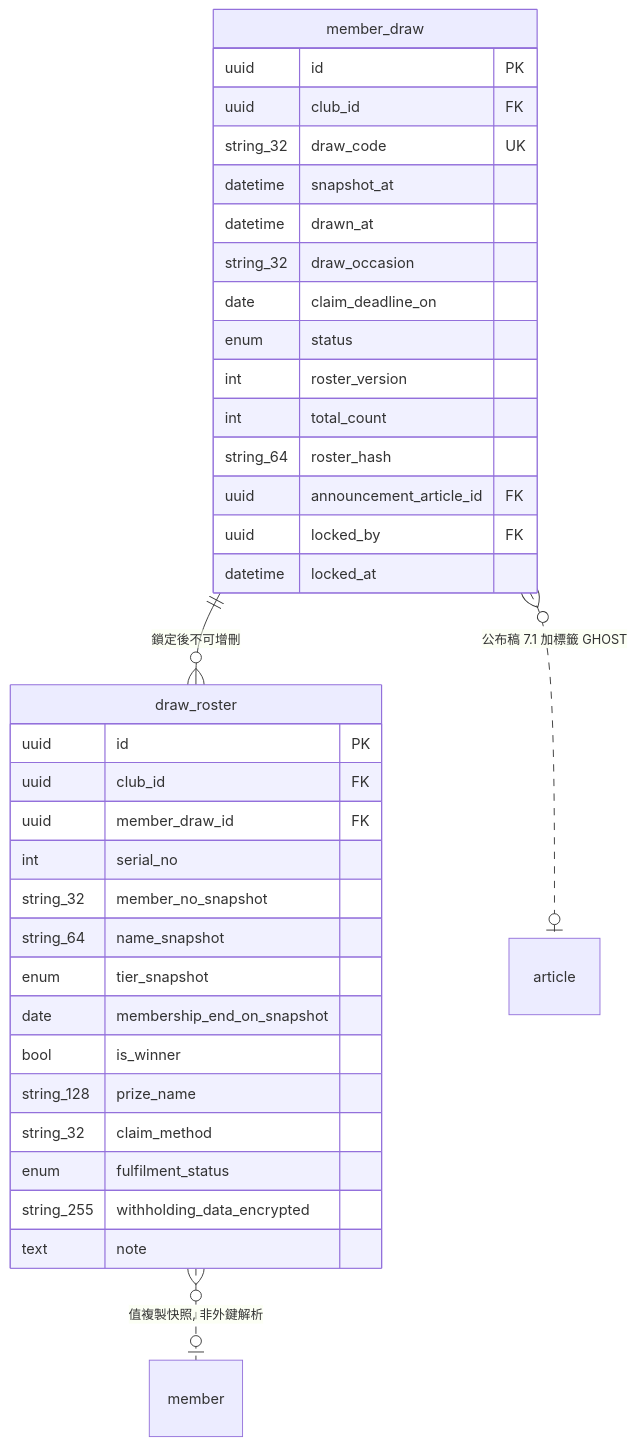
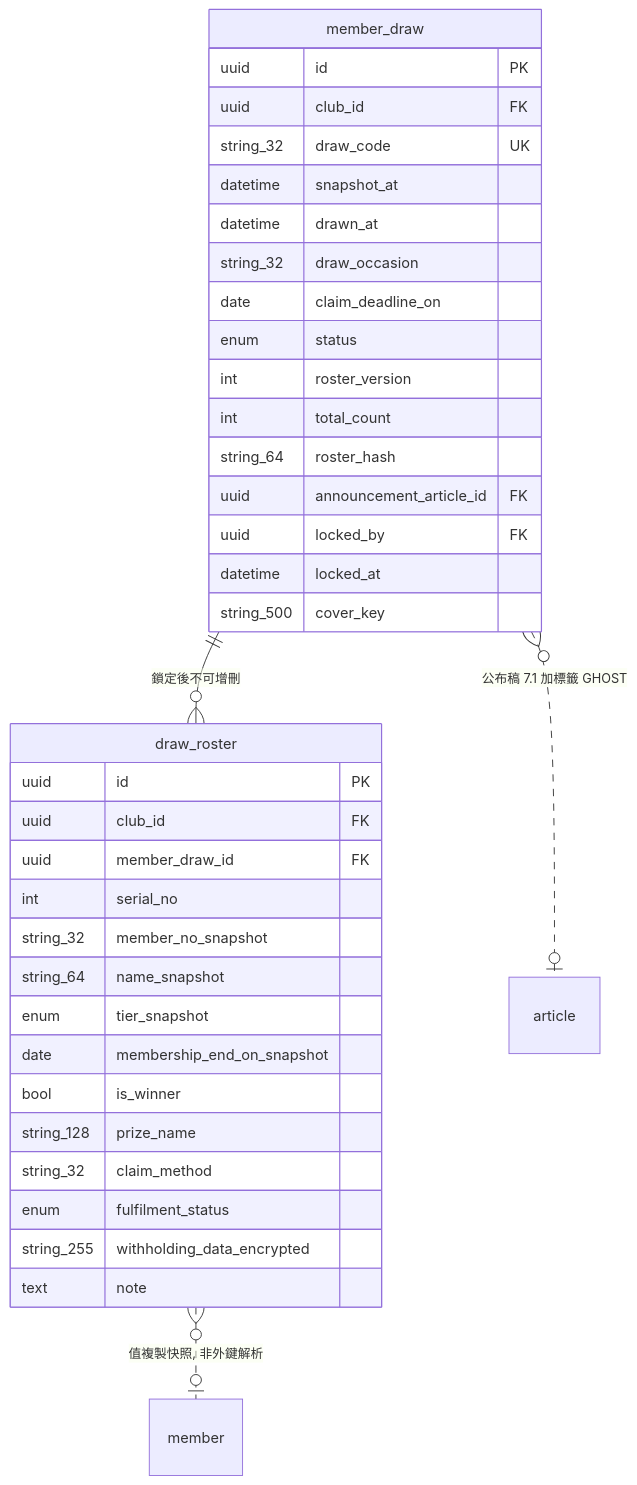
The tenth of 15 diagrams in docs/12a-database-erd.md (waiting0201/tcrfc), drawn with Mermaid before and after one commit. The commit also changed other lines of this file and 3 other files, not shown here.

First line of the commit message:
feat: ERD 圖片欄位盤點完成（S0-4b），表數 103 → 104

````diff
--- a/docs/12a-database-erd.md
+++ b/docs/12a-database-erd.md
@@ -685,38 +689,39 @@
 ```mermaid
 erDiagram
   member_draw ||--o{ draw_roster : "鎖定後不可增刪"
   member_draw }o..o| article : "公布稿 7.1 加標籤 GHOST"
   draw_roster }o..o| member : "值複製快照, 非外鍵解析"
   member_draw {
     uuid id PK
     uuid club_id FK
     string_32 draw_code UK
     datetime snapshot_at
     datetime drawn_at
     string_32 draw_occasion
     date claim_deadline_on
     enum status
     int roster_version
     int total_count
     string_64 roster_hash
     uuid announcement_article_id FK
     uuid locked_by FK
     datetime locked_at
+    string_500 cover_key
   }
   draw_roster {
     uuid id PK
     uuid club_id FK
     uuid member_draw_id FK
     int serial_no
     string_32 member_no_snapshot
     string_64 name_snapshot
     enum tier_snapshot
     date membership_end_on_snapshot
     bool is_winner
     string_128 prize_name
     string_32 claim_method
     enum fulfilment_status
     string_255 withholding_data_encrypted
     text note
   }
 ```
````
